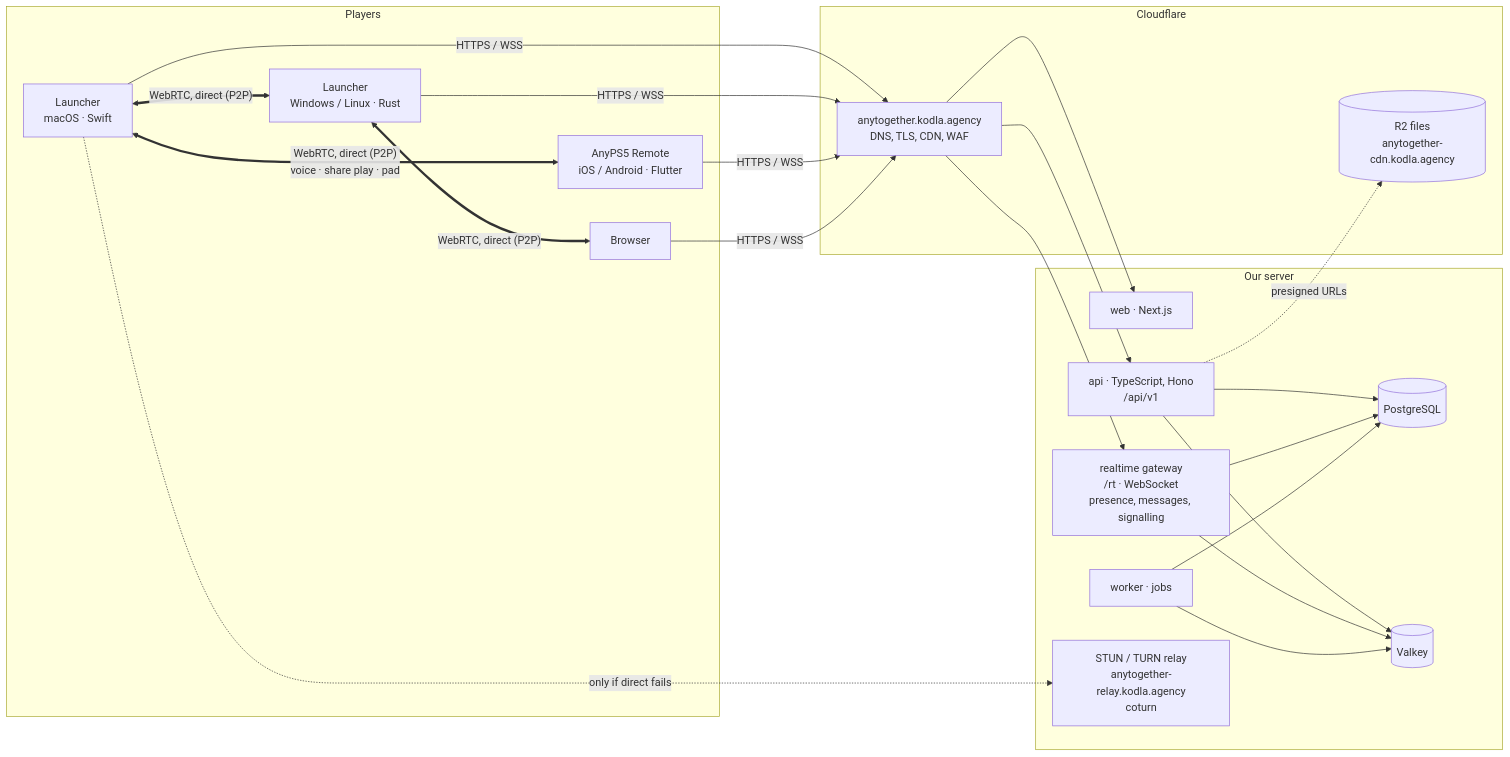
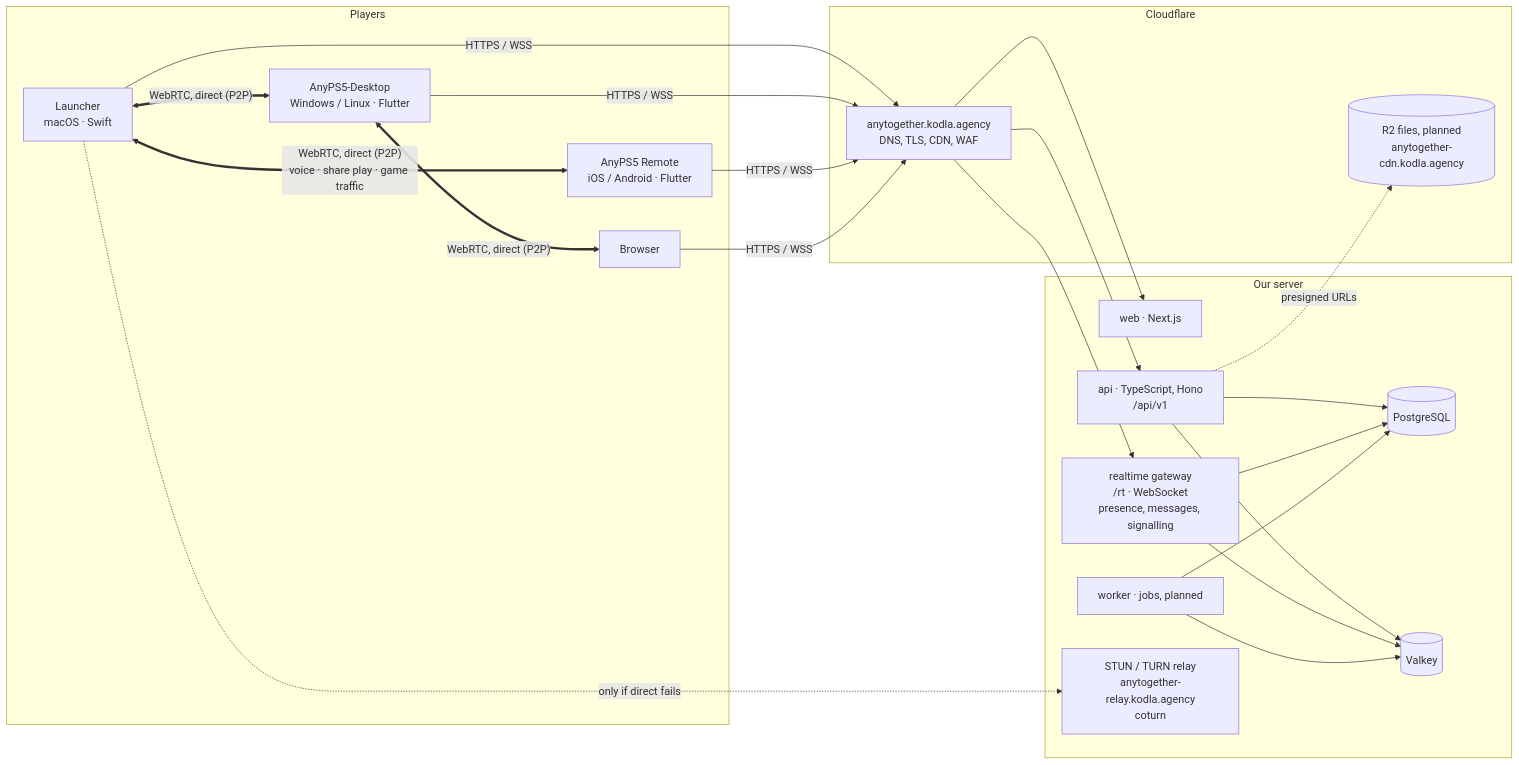
One commit to AnyTogether/AnyPS5-ARM changed the first of 2 diagrams in docs/en/02-architecture.md. Above: the diagram before and after it, drawn with Mermaid. The commit also changed other lines of this file and 12 other files, not shown here.

````diff
--- a/docs/en/02-architecture.md
+++ b/docs/en/02-architecture.md
@@ -13,35 +13,35 @@
 ```mermaid
 flowchart LR
     subgraph Players
         L1[Launcher<br/>macOS · Swift]
-        L2[Launcher<br/>Windows / Linux · Rust]
+        L2[AnyPS5-Desktop<br/>Windows / Linux · Flutter]
         P[AnyPS5 Remote<br/>iOS / Android · Flutter]
         W[Browser]
     end
 
     subgraph Cloudflare
         CF[anytogether.kodla.agency<br/>DNS, TLS, CDN, WAF]
-        R2[(R2 files<br/>anytogether-cdn.kodla.agency)]
+        R2[(R2 files, planned<br/>anytogether-cdn.kodla.agency)]
     end
 
     subgraph "Our server"
         WEB[web · Next.js]
         API[api · TypeScript, Hono<br/>/api/v1]
         RT[realtime gateway<br/>/rt · WebSocket<br/>presence, messages, signalling]
-        WK[worker · jobs]
+        WK[worker · jobs, planned]
         PG[(PostgreSQL)]
         VK[(Valkey)]
         TURN[STUN / TURN relay<br/>anytogether-relay.kodla.agency<br/>coturn]
     end
 
     L1 & L2 & P & W -- HTTPS / WSS --> CF --> WEB & API & RT
     API --> PG & VK
     RT --> VK & PG
     WK --> PG & VK
     API -. presigned URLs .-> R2
 
-    L1 <== "WebRTC, direct (P2P)<br/>voice · share play · pad" ==> P
+    L1 <== "WebRTC, direct (P2P)<br/>voice · share play · game traffic" ==> P
     L2 <== "WebRTC, direct (P2P)" ==> W
     L1 <== "WebRTC, direct (P2P)" ==> L2
     L1 -. "only if direct fails" .-> TURN
 ```
````
